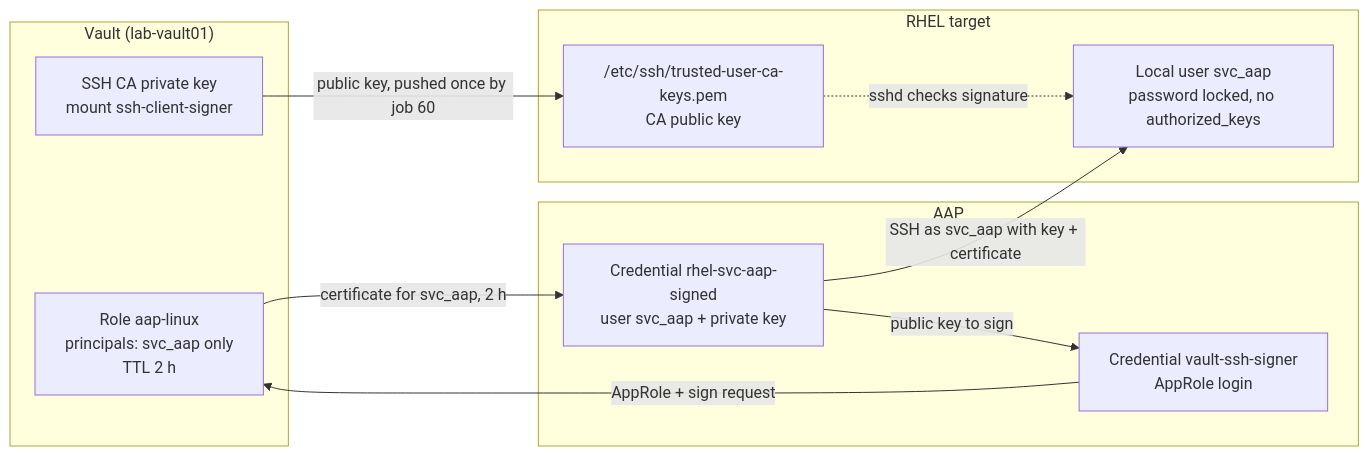
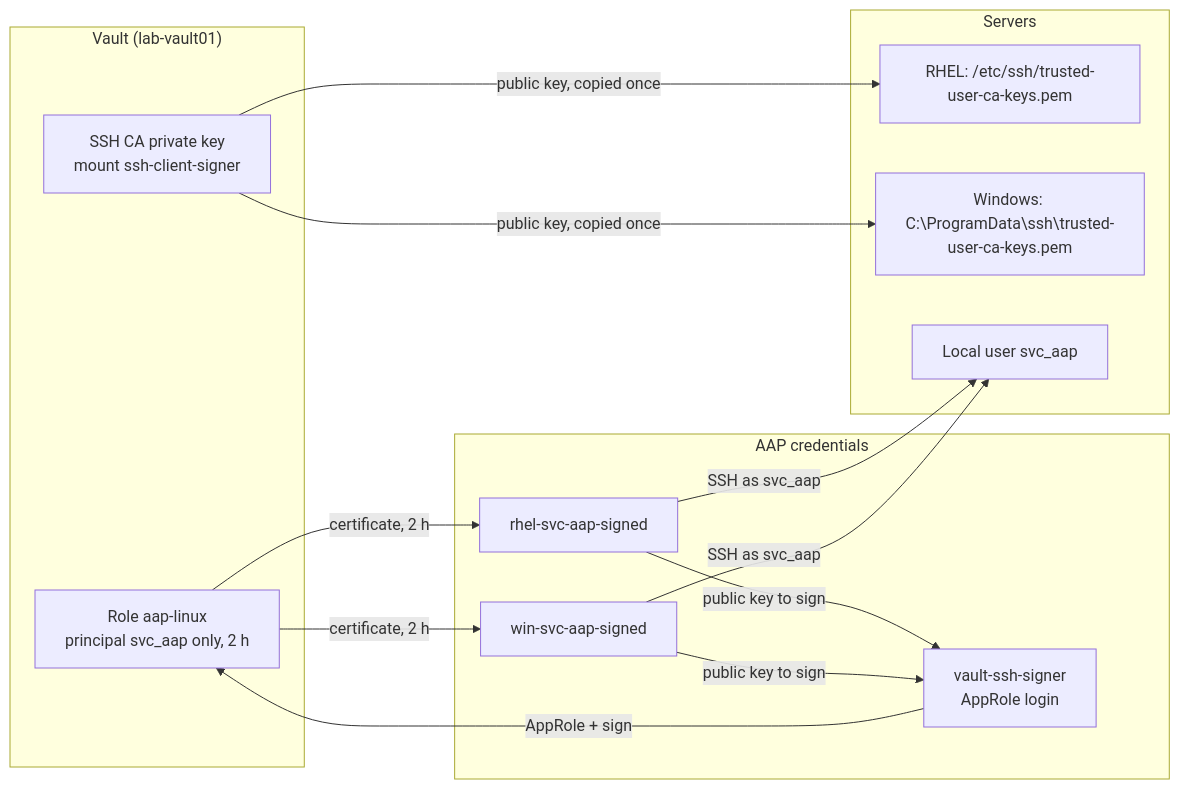
The third of 5 diagrams in docs/DESIGN.md (RamAdhikari/ra-homelab), drawn with Mermaid before and after one commit. The commit also changed other lines of this file and 12 other files, not shown here.

````diff
--- a/docs/DESIGN.md
+++ b/docs/DESIGN.md
@@ -112,21 +139,22 @@
 ```mermaid
 flowchart LR
   subgraph Vault["Vault (lab-vault01)"]
     CA["SSH CA private key<br/>mount ssh-client-signer"]
-    Role["Role aap-linux<br/>principals: svc_aap only<br/>TTL 2 h"]
+    Role["Role aap-linux<br/>principal svc_aap only, 2 h"]
   end
-  subgraph AAP["AAP"]
-    Signer["Credential vault-ssh-signer<br/>AppRole login"]
-    Machine["Credential rhel-svc-aap-signed<br/>user svc_aap + private key"]
+  subgraph AAP["AAP credentials"]
+    Signer["vault-ssh-signer<br/>AppRole login"]
+    M1["rhel-svc-aap-signed"]
+    M2["win-svc-aap-signed"]
   end
-  subgraph Host["RHEL target"]
-    Trust["/etc/ssh/trusted-user-ca-keys.pem<br/>CA public key"]
-    Acct["Local user svc_aap<br/>password locked, no authorized_keys"]
+  subgraph Servers["Servers"]
+    L["RHEL: /etc/ssh/trusted-user-ca-keys.pem"]
+    WN["Windows: C:\ProgramData\ssh\trusted-user-ca-keys.pem"]
+    U["Local user svc_aap"]
   end
-  CA -->|public key, pushed once by job 60| Trust
-  Machine -->|public key to sign| Signer
-  Signer -->|AppRole + sign request| Role
-  Role -->|certificate for svc_aap, 2 h| Machine
-  Machine -->|SSH as svc_aap with key + certificate| Acct
-  Trust -.->|sshd checks signature| Acct
+  CA -->|public key, copied once| L & WN
+  M1 & M2 -->|public key to sign| Signer
+  Signer -->|AppRole + sign| Role
+  Role -->|certificate, 2 h| M1 & M2
+  M1 & M2 -->|SSH as svc_aap| U
 ```
````
